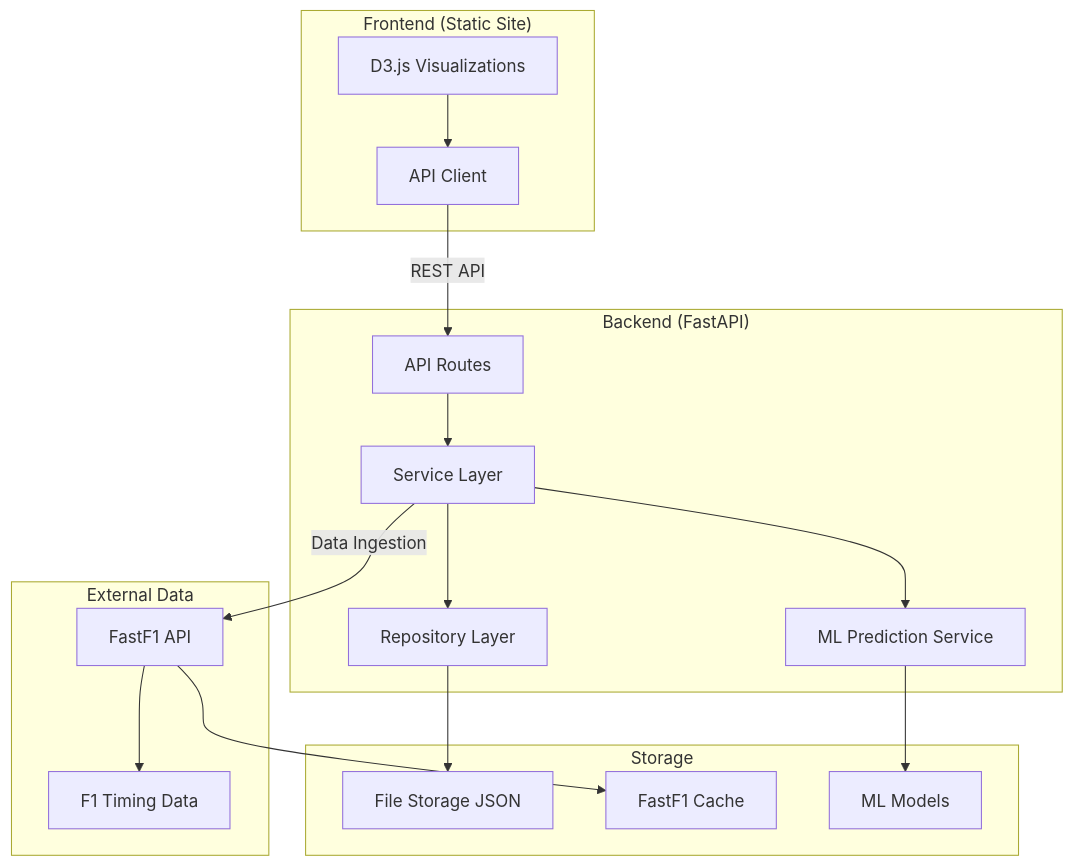
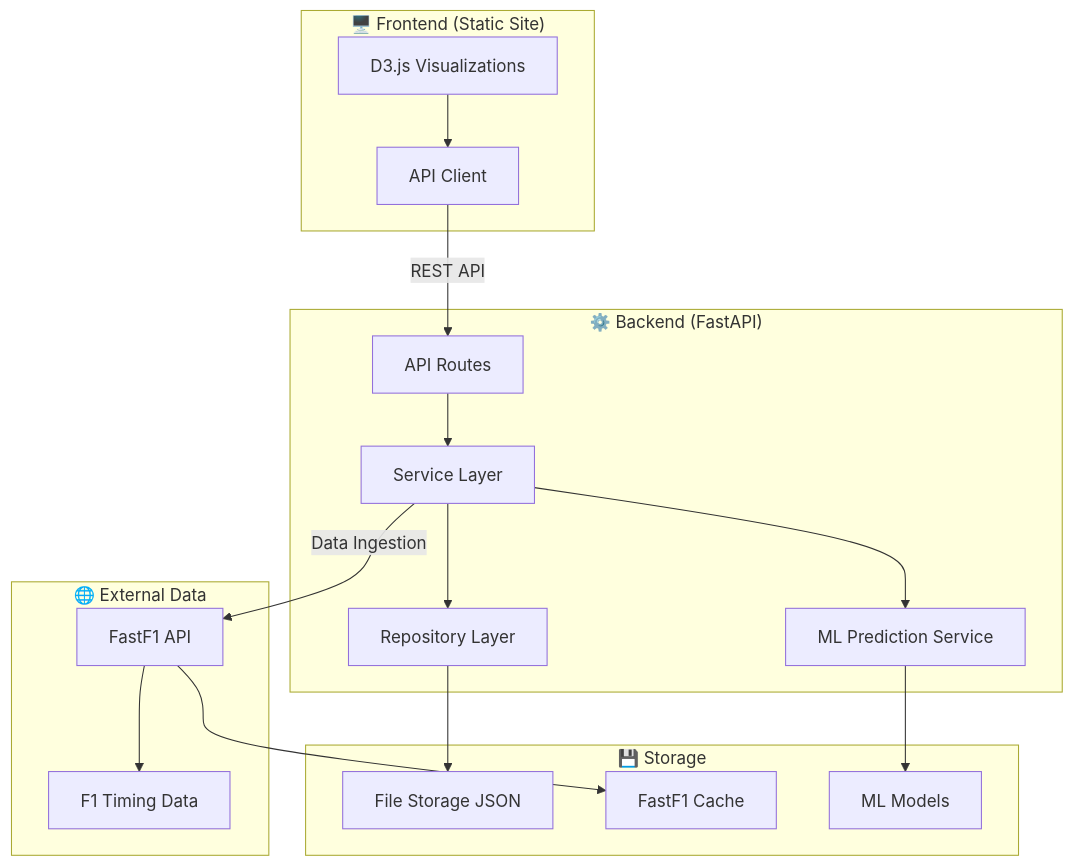
One commit to rhtnr/F1-Dash changed the first of 2 diagrams in README.md. Above: the diagram before and after it, drawn with Mermaid. The commit also changed other lines of this file, not shown here.

````diff
--- a/README.md
+++ b/README.md
@@ -19,36 +27,36 @@
 ```mermaid
 flowchart TB
-    subgraph Frontend["Frontend (Static Site)"]
+    subgraph Frontend["🖥️ Frontend (Static Site)"]
         UI[D3.js Visualizations]
         API_Client[API Client]
     end
 
-    subgraph Backend["Backend (FastAPI)"]
+    subgraph Backend["⚙️ Backend (FastAPI)"]
         Routes[API Routes]
         Services[Service Layer]
         Repos[Repository Layer]
         ML[ML Prediction Service]
     end
 
-    subgraph External["External Data"]
+    subgraph External["🌐 External Data"]
         FastF1[FastF1 API]
         F1_Official[F1 Timing Data]
     end
 
-    subgraph Storage["Storage"]
+    subgraph Storage["💾 Storage"]
         FileStore[File Storage JSON]
         Cache[FastF1 Cache]
         Models[ML Models]
     end
 
     UI --> API_Client
     API_Client -->|REST API| Routes
     Routes --> Services
     Services --> Repos
     Services --> ML
     Repos --> FileStore
     Services -->|Data Ingestion| FastF1
     FastF1 --> F1_Official
     FastF1 --> Cache
     ML --> Models
 ```
````
